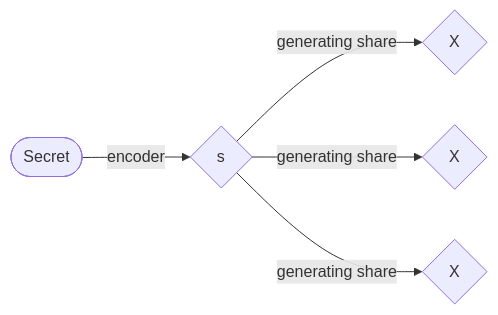
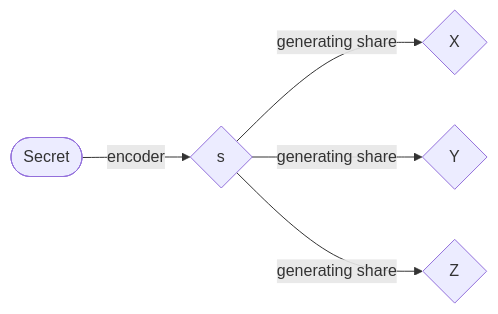
Before and after one commit to h28a3/Secret-Sharing: the diagram in README.md, drawn with Mermaid. The commit also changed other lines of this file, not shown here.

````diff
--- a/README.md
+++ b/README.md
@@ -25,7 +27,7 @@
 ```mermaid
 graph LR
   Start([Secret])-->|encoder|A{s}
   A-->|generating share|B{X}
-  A-->|generating share|C{X}
-  A-->|generating share|D{X}
+  A-->|generating share|C{Y}
+  A-->|generating share|D{Z}
 ```
````
